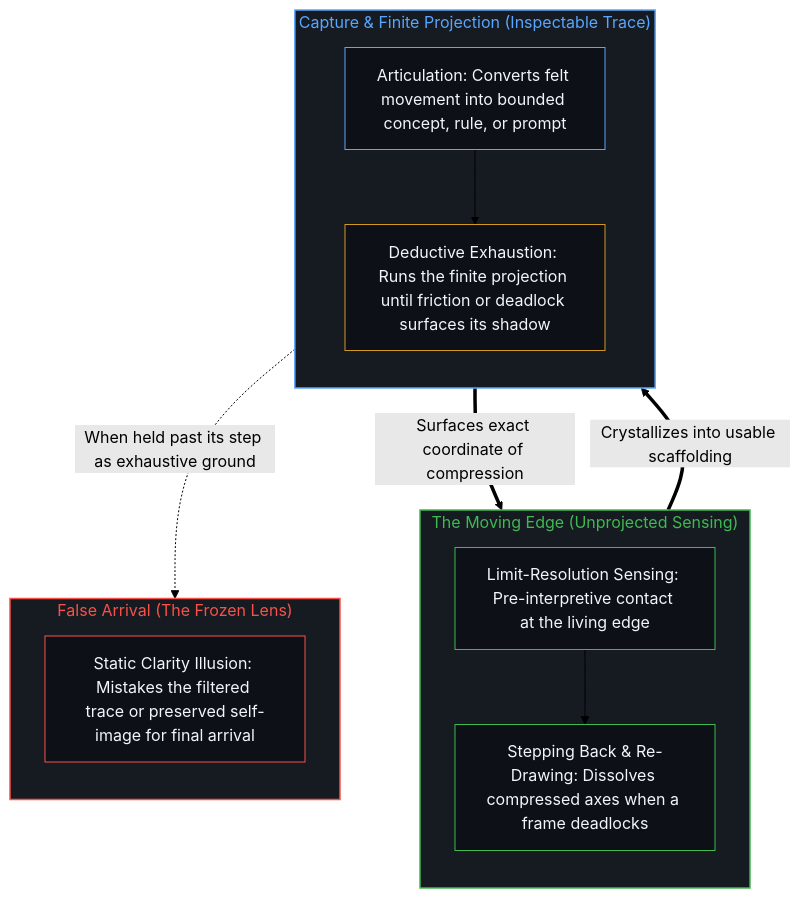
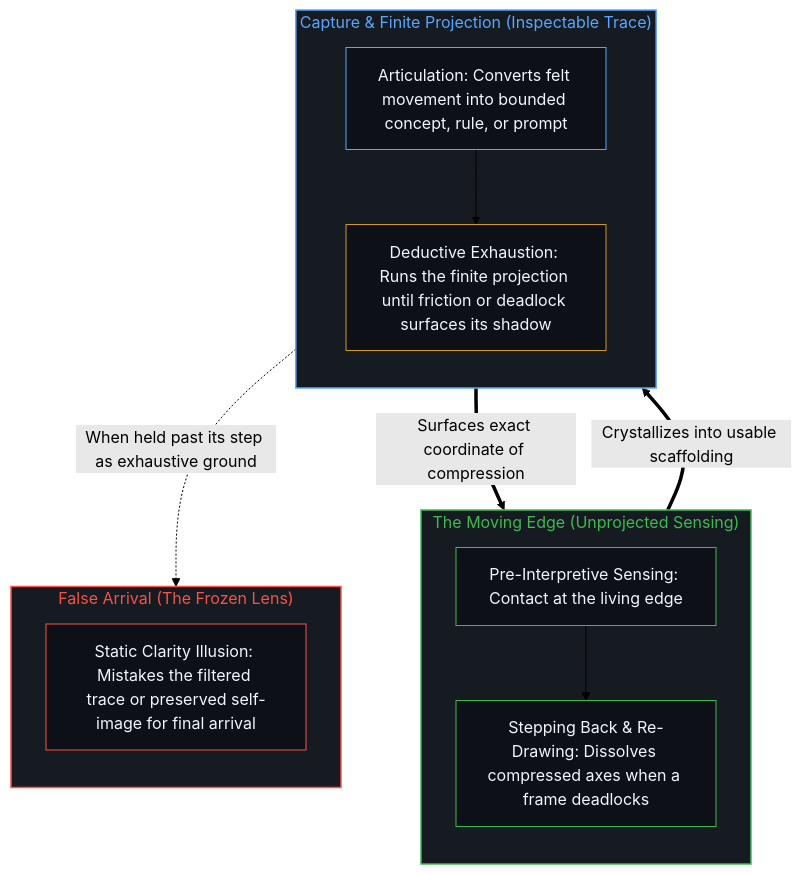
The second of 2 diagrams in content/posts/clarity-isnt-a-state-you-arrive-at.md (powerpig99/not-a-toe), drawn with Mermaid (forest theme) before and after one commit. The commit also changed other lines of this file and 15 other files, not shown here.

````diff
--- a/content/posts/clarity-isnt-a-state-you-arrive-at.md
+++ b/content/posts/clarity-isnt-a-state-you-arrive-at.md
@@ -94,30 +94,30 @@
 ```mermaid
 flowchart TD
     subgraph S_Edge["The Moving Edge (Unprojected Sensing)"]
         direction TB
-        Sense["Limit-Resolution Sensing: Pre-interpretive contact at the living edge"]
+        Sense["Pre-Interpretive Sensing: Contact at the living edge"]
         StepOut["Stepping Back & Re-Drawing: Dissolves compressed axes when a frame deadlocks"]
         Sense --> StepOut
     end
     subgraph S_Proj["Capture & Finite Projection (Inspectable Trace)"]
         direction TB
         Articulate["Articulation: Converts felt movement into bounded concept, rule, or prompt"]
         Exhaust["Deductive Exhaustion: Runs the finite projection until friction or deadlock surfaces its shadow"]
         Articulate --> Exhaust
     end
     subgraph S_Freeze["False Arrival (The Frozen Lens)"]
         direction TB
         Monument["Static Clarity Illusion: Mistakes the filtered trace or preserved self-image for final arrival"]
     end
     StepOut ==>|"Crystallizes into usable scaffolding"| Articulate
     Exhaust ==>|"Surfaces exact coordinate of compression"| StepOut
     Articulate -.->|"When held past its step as exhaustive ground"| Monument
     style S_Edge fill:#161b22,stroke:#3fb950,stroke-width:1.5px,color:#3fb950
     style S_Proj fill:#161b22,stroke:#58a6ff,stroke-width:1.5px,color:#58a6ff
     style S_Freeze fill:#161b22,stroke:#f85149,stroke-width:1.5px,color:#f85149
     style Sense fill:#0d1117,stroke:#3fb950,stroke-width:1px,color:#f0f6fc
     style StepOut fill:#0d1117,stroke:#3fb950,stroke-width:1px,color:#f0f6fc
     style Articulate fill:#0d1117,stroke:#58a6ff,stroke-width:1px,color:#f0f6fc
     style Exhaust fill:#0d1117,stroke:#d29922,stroke-width:1px,color:#f0f6fc
     style Monument fill:#0d1117,stroke:#f85149,stroke-width:1px,color:#f0f6fc
 ```
````
